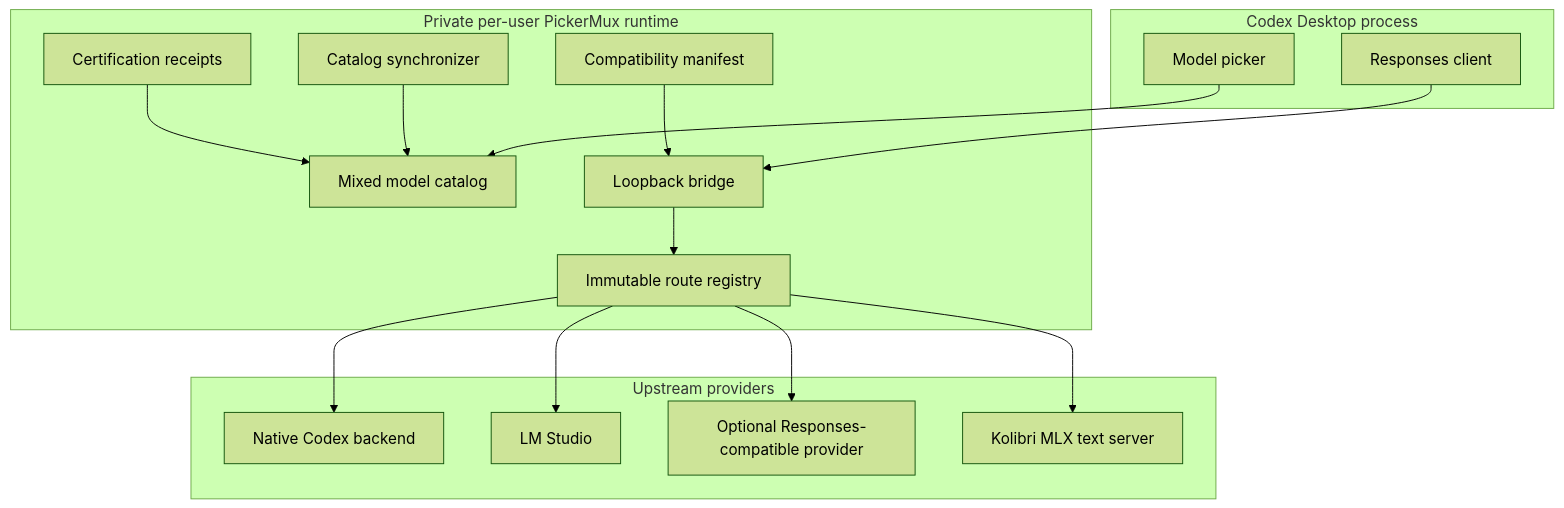
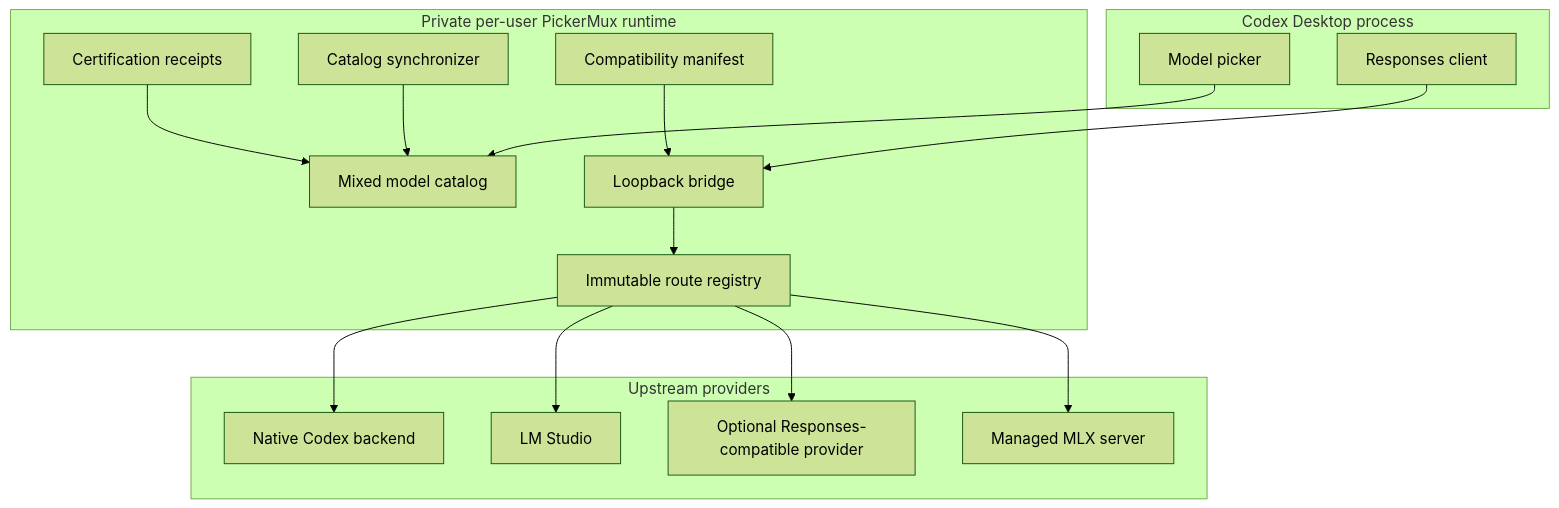
Before and after one commit to patrickschiller/pickermux: the first of 3 diagrams in docs/ARCHITECTURE.md, drawn with Mermaid (forest theme). The commit also changed other lines of this file and 56 other files, not shown here.

````diff
--- a/docs/ARCHITECTURE.md
+++ b/docs/ARCHITECTURE.md
@@ -20,34 +20,34 @@
 ```mermaid
 flowchart TB
     subgraph Codex[Codex Desktop process]
         UI[Model picker]
         Client[Responses client]
     end
 
     subgraph Local[Private per-user PickerMux runtime]
         Catalog[Mixed model catalog]
         Bridge[Loopback bridge]
         Registry[Immutable route registry]
         Sync[Catalog synchronizer]
         Receipts[Certification receipts]
         Compat[Compatibility manifest]
     end
 
     subgraph Providers[Upstream providers]
         Native[Native Codex backend]
         LM[LM Studio]
         Other[Optional Responses-compatible provider]
-        Kolibri[Kolibri MLX text server]
+        Kolibri[Managed MLX server]
     end
 
     UI --> Catalog
     Client --> Bridge
     Bridge --> Registry
     Registry --> Native
     Registry --> LM
     Registry --> Other
     Registry --> Kolibri
     Sync --> Catalog
     Receipts --> Catalog
     Compat --> Bridge
 ```
````
